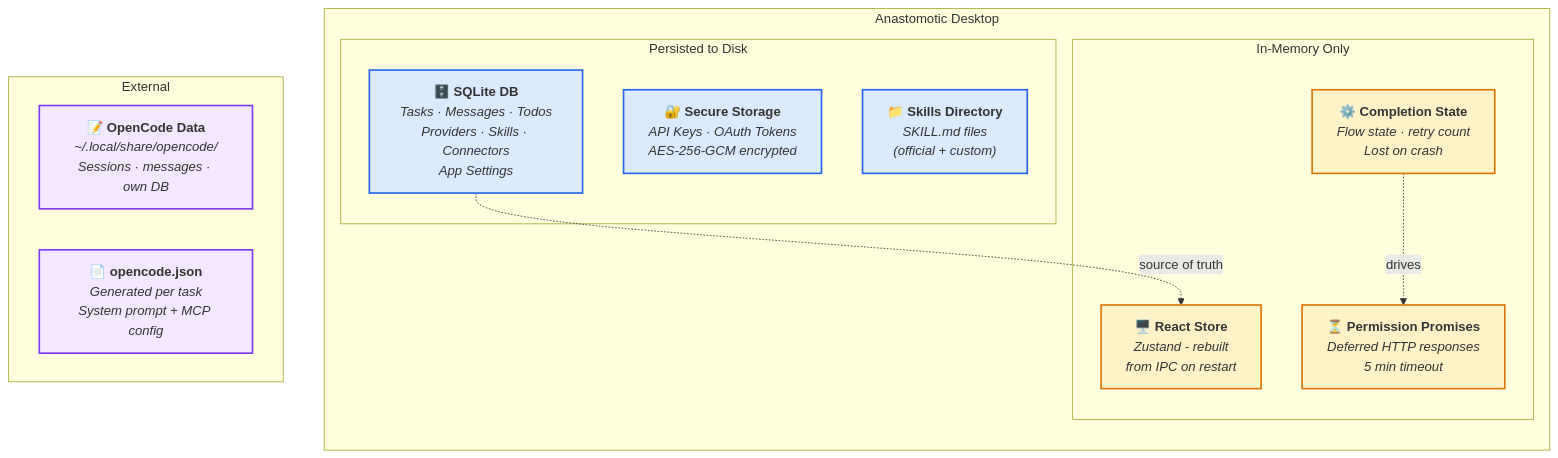
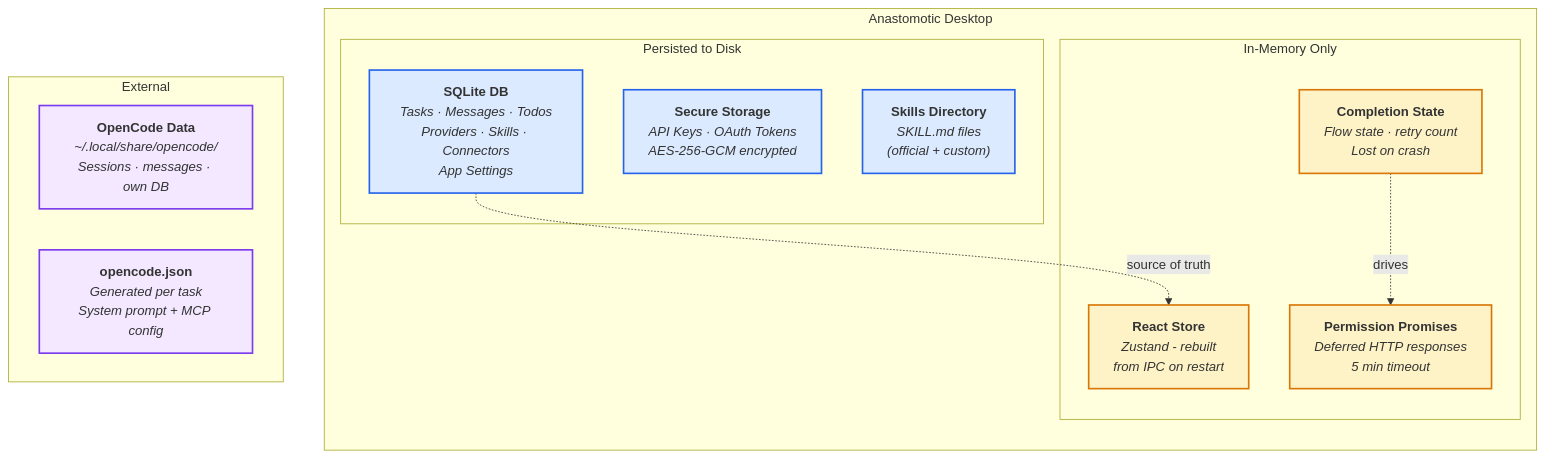
The first of 6 diagrams in docs/information-viewpoint-slides.md (anastomotic-ai/anastomotic), drawn with Mermaid before and after one commit. The commit also changed other lines of this file and 40 other files, not shown here.

````diff
--- a/docs/information-viewpoint-slides.md
+++ b/docs/information-viewpoint-slides.md
@@ -10,33 +10,33 @@
 ```mermaid
 graph TB
   subgraph APP["Anastomotic Desktop"]
     direction TB
     subgraph PERSIST["Persisted to Disk"]
-      DB["🗄️ <b>SQLite DB</b><br/><i>Tasks · Messages · Todos<br/>Providers · Skills · Connectors<br/>App Settings</i>"]
-      SEC["🔐 <b>Secure Storage</b><br/><i>API Keys · OAuth Tokens<br/>AES-256-GCM encrypted</i>"]
-      SKILLS_FS["📁 <b>Skills Directory</b><br/><i>SKILL.md files<br/>(official + custom)</i>"]
+      DB["<b>SQLite DB</b><br/><i>Tasks · Messages · Todos<br/>Providers · Skills · Connectors<br/>App Settings</i>"]
+      SEC["<b>Secure Storage</b><br/><i>API Keys · OAuth Tokens<br/>AES-256-GCM encrypted</i>"]
+      SKILLS_FS["<b>Skills Directory</b><br/><i>SKILL.md files<br/>(official + custom)</i>"]
     end
 
     subgraph EPHEMERAL["In-Memory Only"]
-      CE["⚙️ <b>Completion State</b><br/><i>Flow state · retry count<br/>Lost on crash</i>"]
-      PERM["⏳ <b>Permission Promises</b><br/><i>Deferred HTTP responses<br/>5 min timeout</i>"]
-      UI_STATE["🖥️ <b>React Store</b><br/><i>Zustand - rebuilt<br/>from IPC on restart</i>"]
+      CE["<b>Completion State</b><br/><i>Flow state · retry count<br/>Lost on crash</i>"]
+      PERM["<b>Permission Promises</b><br/><i>Deferred HTTP responses<br/>5 min timeout</i>"]
+      UI_STATE["<b>React Store</b><br/><i>Zustand - rebuilt<br/>from IPC on restart</i>"]
     end
   end
 
   subgraph EXTERNAL["External"]
-    OC_SESS["📝 <b>OpenCode Data</b><br/><i>~/.local/share/opencode/<br/>Sessions · messages · own DB</i>"]
-    CONFIG["📄 <b>opencode.json</b><br/><i>Generated per task<br/>System prompt + MCP config</i>"]
+    OC_SESS["<b>OpenCode Data</b><br/><i>~/.local/share/opencode/<br/>Sessions · messages · own DB</i>"]
+    CONFIG["<b>opencode.json</b><br/><i>Generated per task<br/>System prompt + MCP config</i>"]
   end
 
   DB -.->|"source of truth"| UI_STATE
   CE -.->|"drives"| PERM
 
   classDef persist fill:#dbeafe,stroke:#2563eb,stroke-width:2px
   classDef ephemeral fill:#fef3c7,stroke:#d97706,stroke-width:2px
   classDef ext fill:#f3e8ff,stroke:#7c3aed,stroke-width:2px
 
   class DB,SEC,SKILLS_FS persist
   class CE,PERM,UI_STATE ephemeral
   class OC_SESS,CONFIG ext
 ```
````
